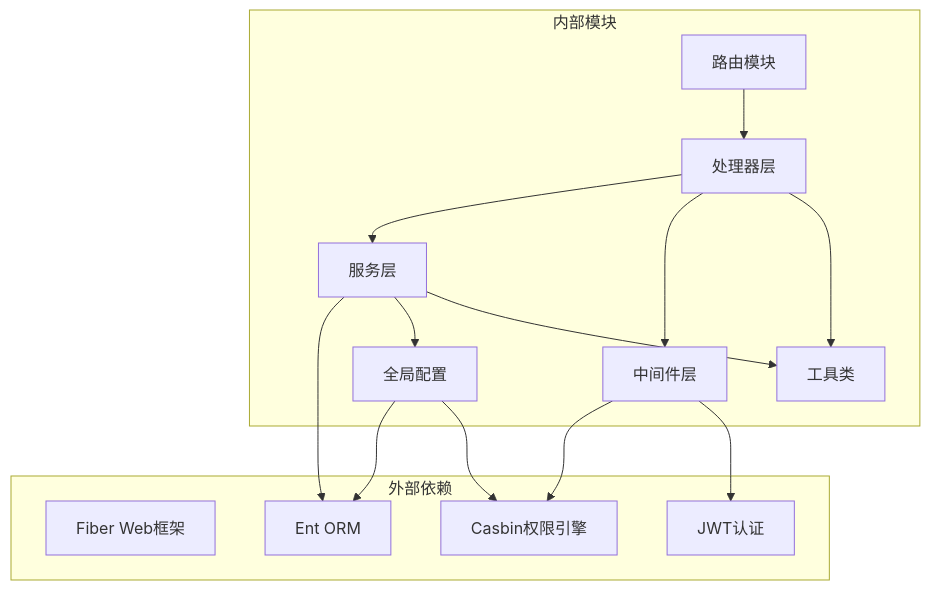
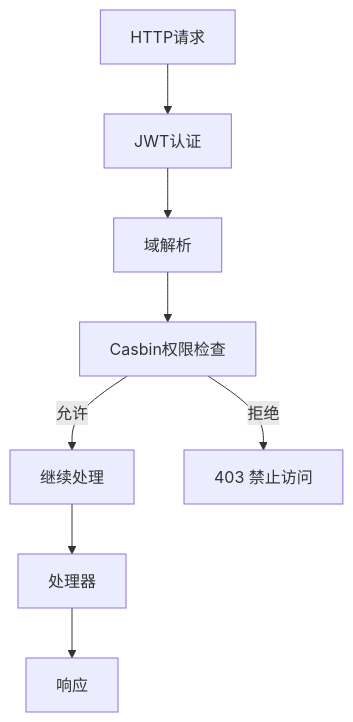
Before and after one commit to wuwuseo/e-sports-go-admin: the fourth of 5 diagrams in .qoder/repowiki/zh/content/API接口文档/角色管理接口.md, drawn with Mermaid. The commit also changed other lines of this file and 141 other files, not shown here.

````diff
--- a/.qoder/repowiki/zh/content/API接口文档/角色管理接口.md
+++ b/.qoder/repowiki/zh/content/API接口文档/角色管理接口.md
@@ -648,28 +388,10 @@
 ```mermaid
-graph TB
-subgraph "外部依赖"
-Fiber[Fiber Web框架]
-Ent[Ent ORM]
-Casbin[Casbin权限引擎]
-JWT[JWT认证]
-end
-subgraph "内部模块"
-Router[路由模块]
-Handler[处理器层]
-Service[服务层]
-Middleware[中间件层]
-Utils[工具类]
-Global[全局配置]
-end
-Router --> Handler
-Handler --> Service
-Handler --> Middleware
-Service --> Ent
-Service --> Global
-Middleware --> Casbin
-Middleware --> JWT
-Handler --> Utils
-Service --> Utils
-Global --> Ent
-Global --> Casbin
+flowchart TD
+Request[HTTP请求] --> JWT[JWT认证]
+JWT --> Domain[域解析]
+Domain --> Casbin[Casbin权限检查]
+Casbin --> |允许| Next[继续处理]
+Casbin --> |拒绝| Forbidden[403 禁止访问]
+Next --> Handler[处理器]
+Handler --> Response[响应]
 ```
````
